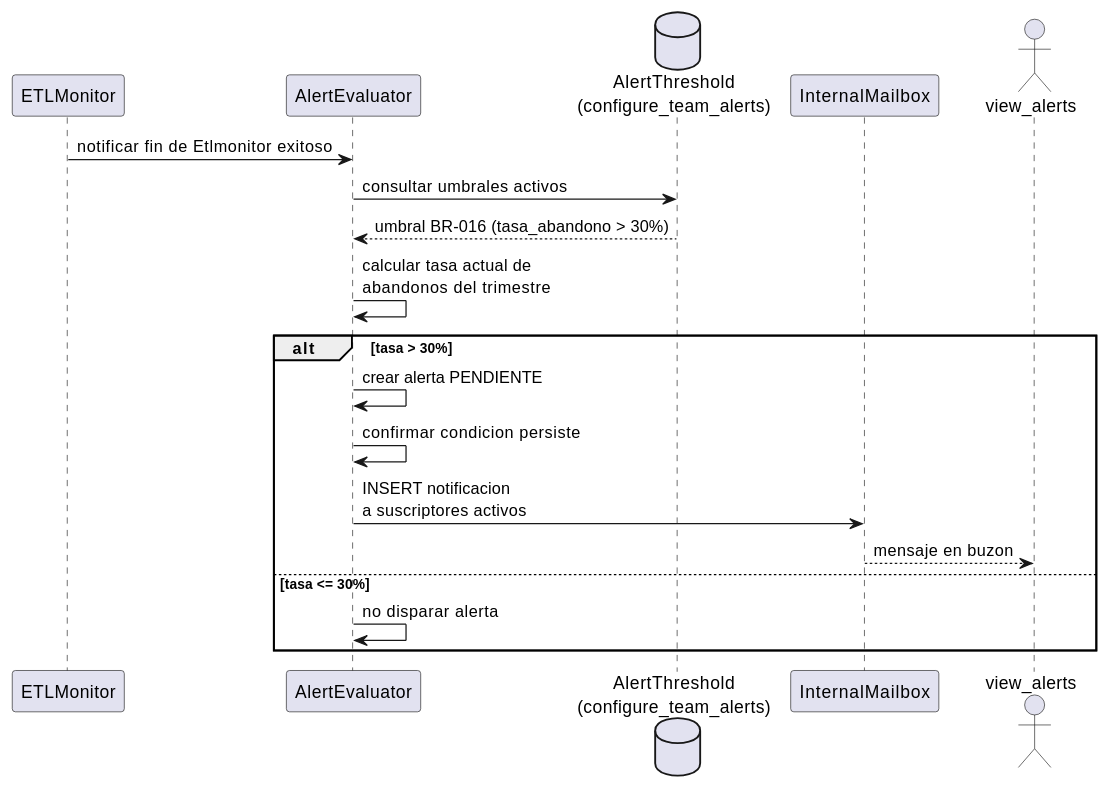
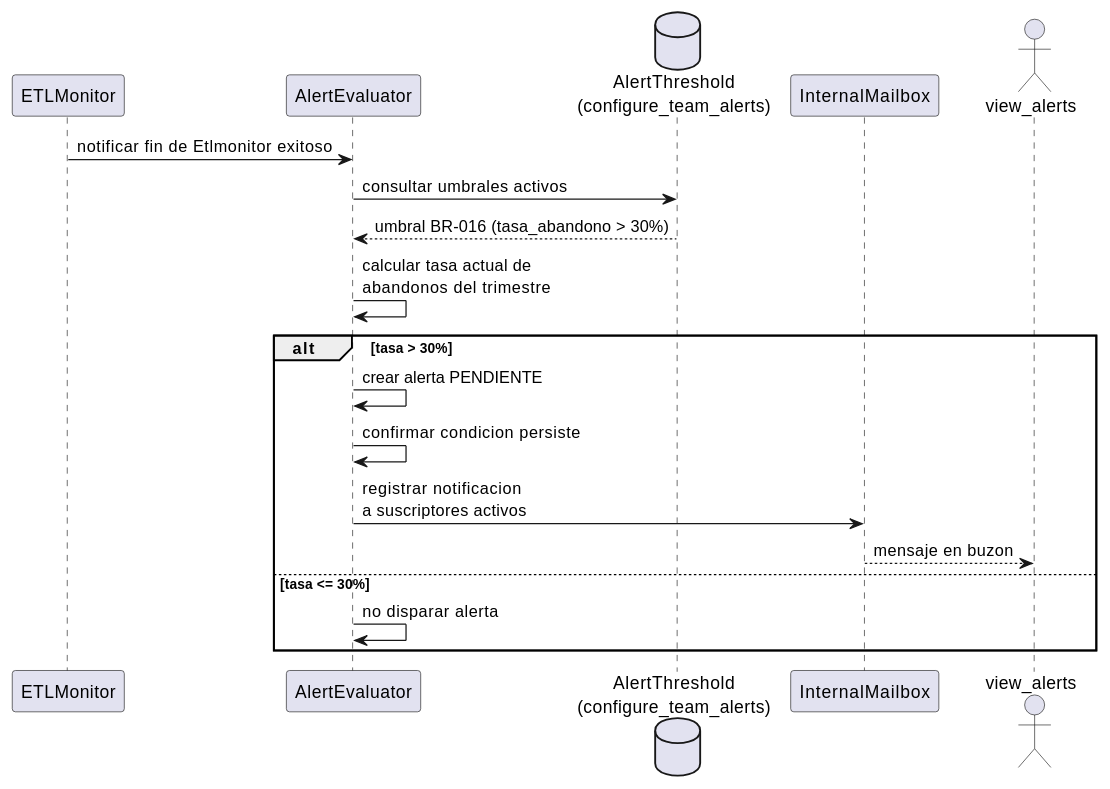
The diagram in source/arquitectura-tecnica/modulos/alerts/diagramas/secuencia-disparo-alerta-br016.rst (jcg-admin/IACT-docs), drawn with PlantUML before and after one commit. The commit also changed 48 other files, not shown here.

```diff
--- a/source/arquitectura-tecnica/modulos/alerts/diagramas/secuencia-disparo-alerta-br016.rst
+++ b/source/arquitectura-tecnica/modulos/alerts/diagramas/secuencia-disparo-alerta-br016.rst
@@ -22,25 +22,25 @@
 .. uml::
  :caption: Disparo automatico de alerta por tasa de abandono (BR-016 >30%).
 
  @startuml
 
  participant "ETLMonitor" as Etlmonitor
  participant "AlertEvaluator" as Alertevaluator
  database "AlertThreshold\n(configure_team_alerts)" as Alertthreshold
  participant "InternalMailbox" as Internalmailbox
  actor "view_alerts" as view_alerts
 
  Etlmonitor -> Alertevaluator : notificar fin de Etlmonitor exitoso
  Alertevaluator -> Alertthreshold : consultar umbrales activos
  Alertthreshold --> Alertevaluator : umbral BR-016 (tasa_abandono > 30%)
  Alertevaluator -> Alertevaluator : calcular tasa actual de\nabandonos del trimestre
  alt tasa > 30%
    Alertevaluator -> Alertevaluator : crear alerta PENDIENTE
    Alertevaluator -> Alertevaluator : confirmar condicion persiste
-   Alertevaluator -> Internalmailbox : INSERT notificacion\na suscriptores activos
+   Alertevaluator -> Internalmailbox : registrar notificacion\na suscriptores activos
    Internalmailbox --> view_alerts : mensaje en buzon
  else tasa <= 30%
    Alertevaluator -> Alertevaluator : no disparar alerta
  end
 
  @enduml
```
